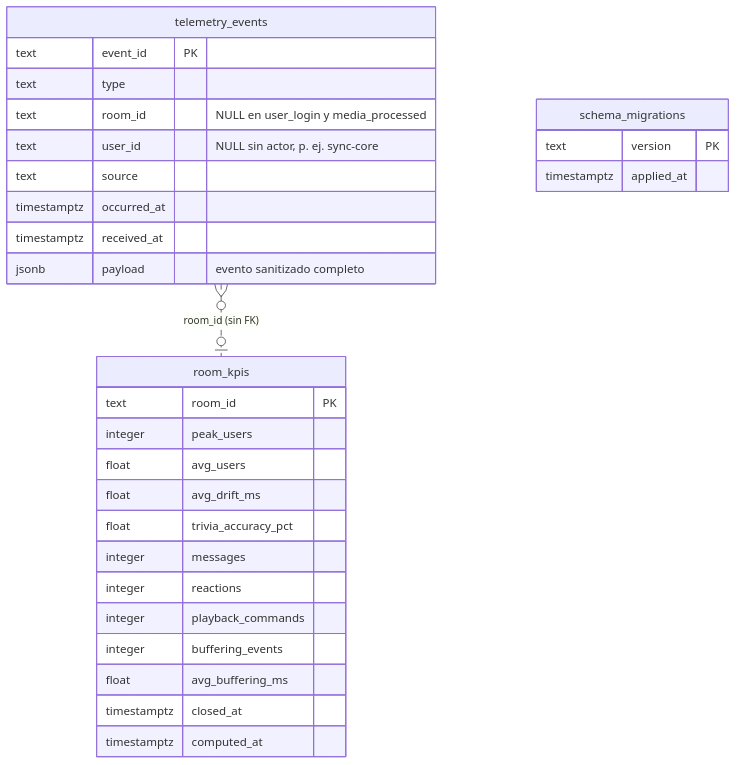
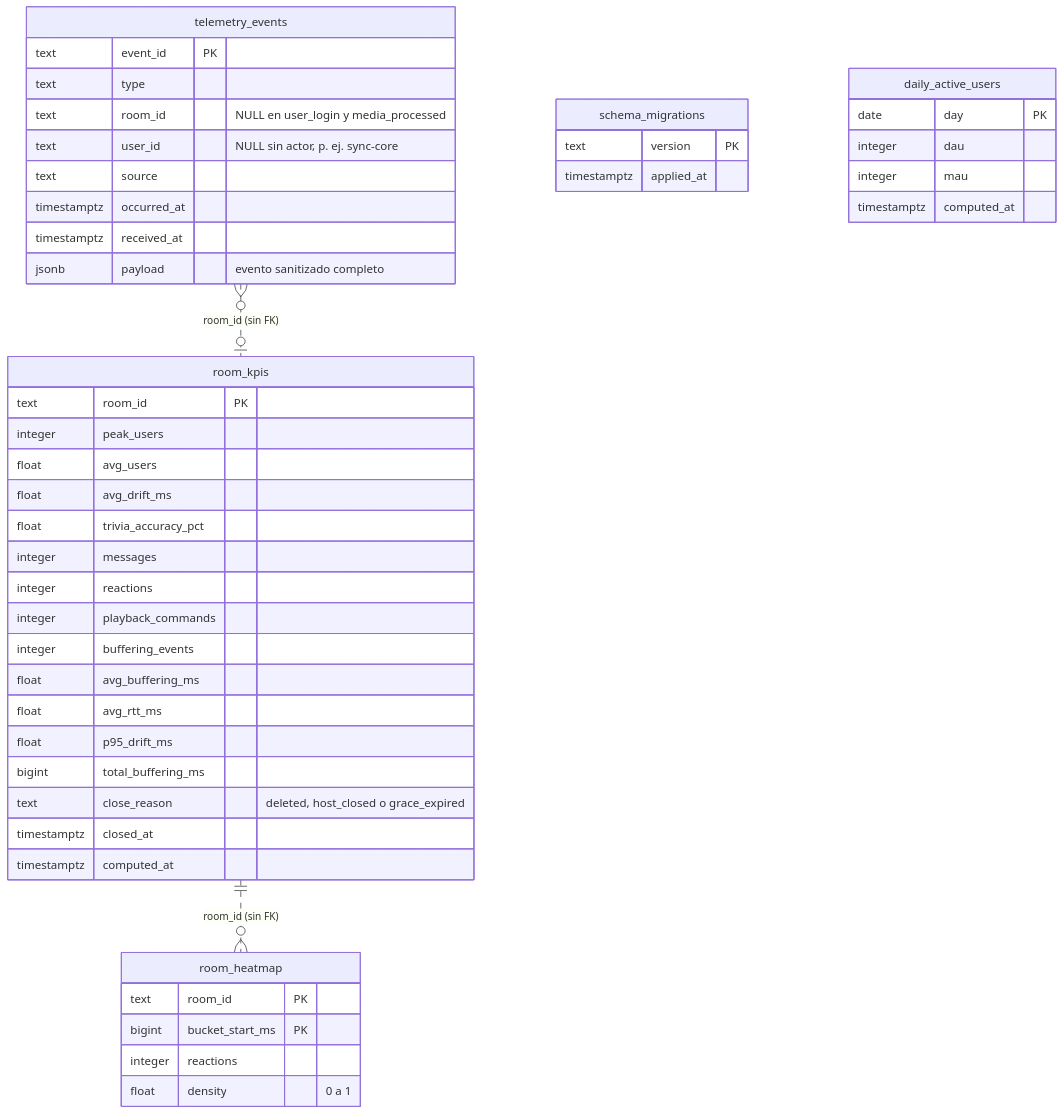
The fourth of 4 diagrams in services/analytics/README.md (N1ghtlyC0de/TINT), drawn with Mermaid before and after one commit. The commit also changed other lines of this file and 3 other files, not shown here.

````diff
--- a/services/analytics/README.md
+++ b/services/analytics/README.md
@@ -231,33 +251,50 @@
 ```mermaid
 erDiagram
     telemetry_events }o..o| room_kpis : "room_id (sin FK)"
+    room_kpis ||..o{ room_heatmap : "room_id (sin FK)"
 
     schema_migrations {
         text version PK
         timestamptz applied_at
     }
     telemetry_events {
         text event_id PK
         text type
         text room_id "NULL en user_login y media_processed"
         text user_id "NULL sin actor, p. ej. sync-core"
         text source
         timestamptz occurred_at
         timestamptz received_at
         jsonb payload "evento sanitizado completo"
     }
     room_kpis {
         text room_id PK
         integer peak_users
         float avg_users
         float avg_drift_ms
         float trivia_accuracy_pct
         integer messages
         integer reactions
         integer playback_commands
         integer buffering_events
         float avg_buffering_ms
+        float avg_rtt_ms
+        float p95_drift_ms
+        bigint total_buffering_ms
+        text close_reason "deleted, host_closed o grace_expired"
         timestamptz closed_at
         timestamptz computed_at
     }
+    room_heatmap {
+        text room_id PK
+        bigint bucket_start_ms PK
+        integer reactions
+        float density "0 a 1"
+    }
+    daily_active_users {
+        date day PK
+        integer dau
+        integer mau
+        timestamptz computed_at
+    }
 ```
````
